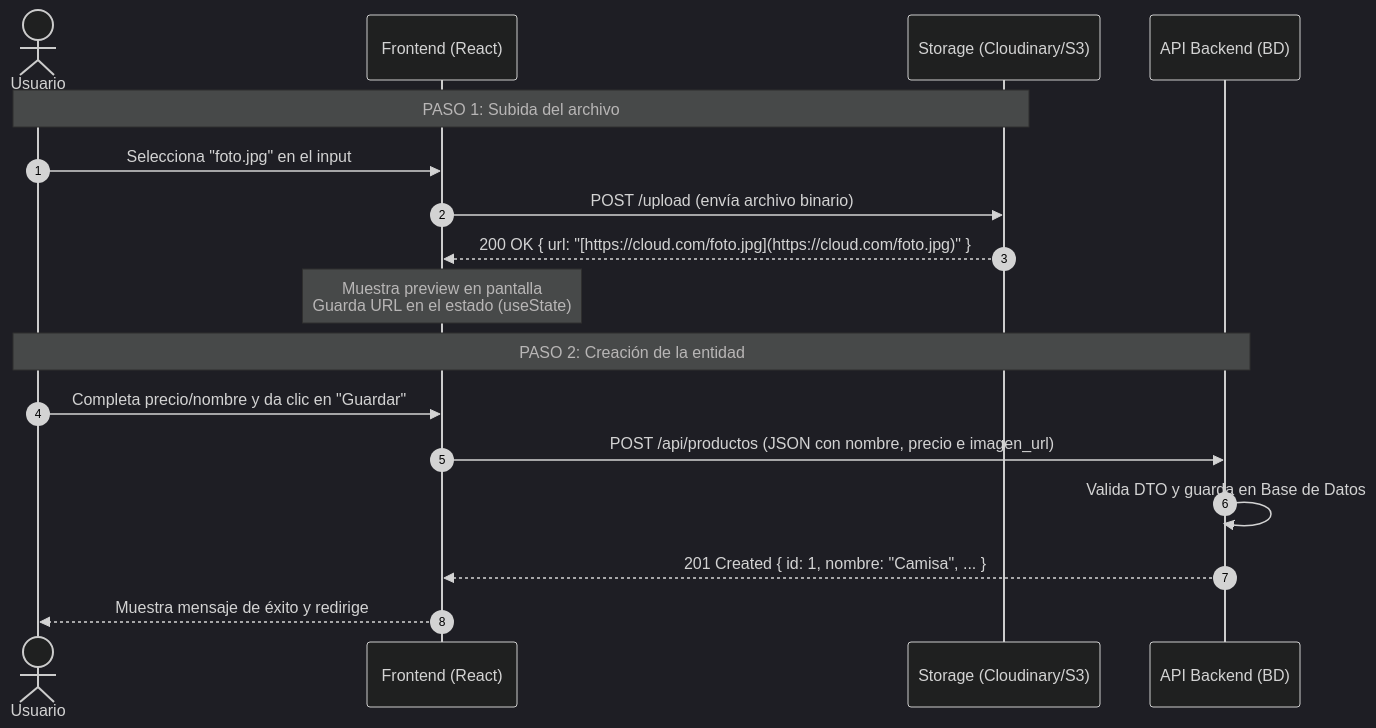
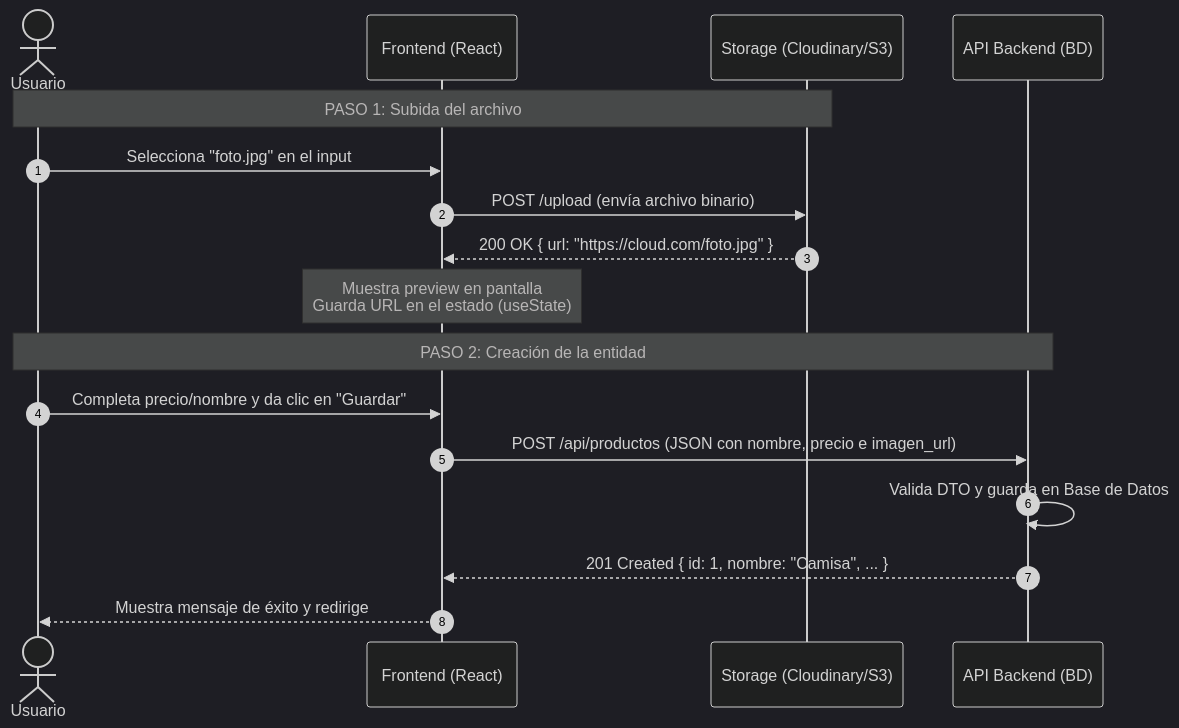
The second of 2 diagrams in diccionario-datos-app-mobistore.md (lugoz99/app-mobistore), drawn with Mermaid (dark theme) before and after one commit. The commit also changed other lines of this file and 20 other files, not shown here.

````diff
--- a/diccionario-datos-app-mobistore.md
+++ b/diccionario-datos-app-mobistore.md
@@ -112,24 +137,24 @@
 ```mermaid
 sequenceDiagram
     autonumber
     actor U as Usuario
     participant FE as Frontend (React)
     participant ST as Storage (Cloudinary/S3)
     participant BE as API Backend (BD)
 
     %% Paso 1: Subida de la imagen
     Note over U,ST: PASO 1: Subida del archivo
     U->>FE: Selecciona "foto.jpg" en el input
     FE->>ST: POST /upload (envía archivo binario)
-    ST-->>FE: 200 OK { url: "[https://cloud.com/foto.jpg](https://cloud.com/foto.jpg)" }
+    ST-->>FE: 200 OK { url: "https://cloud.com/foto.jpg" }
 
     Note over FE: Muestra preview en pantalla<br/>Guarda URL en el estado (useState)
 
     %% Paso 2: Creación del recurso
     Note over U,BE: PASO 2: Creación de la entidad
     U->>FE: Completa precio/nombre y da clic en "Guardar"
     FE->>BE: POST /api/productos (JSON con nombre, precio e imagen_url)
     BE->>BE: Valida DTO y guarda en Base de Datos
     BE-->>FE: 201 Created { id: 1, nombre: "Camisa", ... }
     FE-->>U: Muestra mensaje de éxito y redirige
 ```
````
